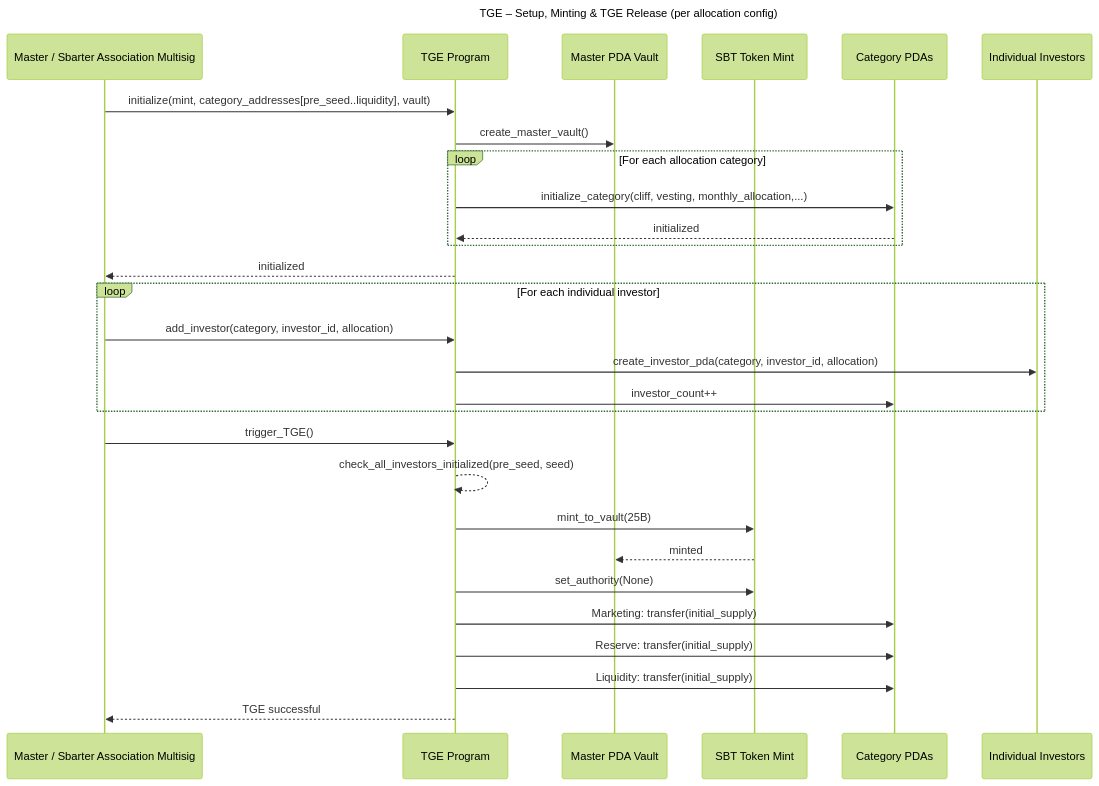
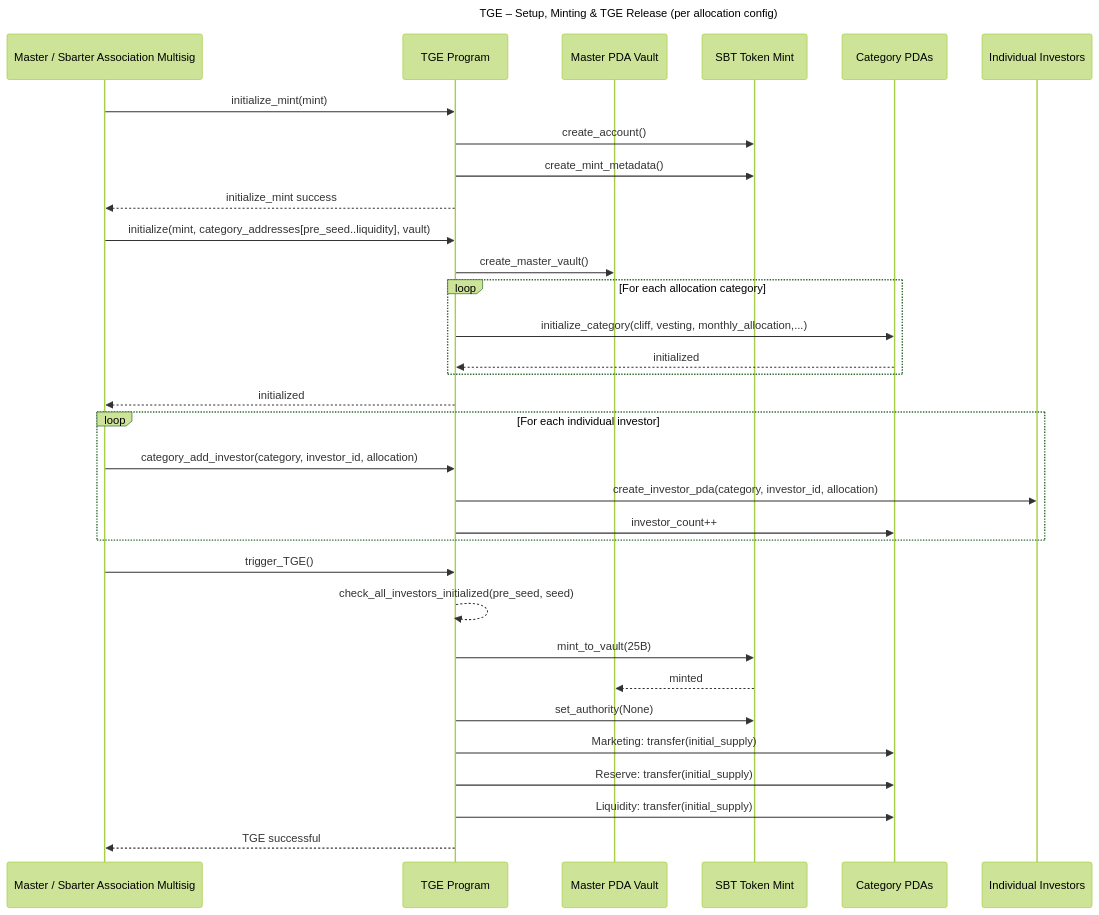
Before and after one commit to sbarter/blockchain-token-solana-program: the first of 3 diagrams in README.md, drawn with Mermaid (forest theme). The commit also changed other lines of this file, not shown here.

Commit message:
docs: clarify sequence diagrams

````diff
--- a/README.md
+++ b/README.md
@@ -45,40 +45,42 @@
 ```mermaid
 sequenceDiagram
     title TGE – Setup, Minting & TGE Release (per allocation config)
 
     participant Admin as Master / Sbarter Association Multisig
     participant Program as TGE Program
     participant MasterPda as Master PDA Vault
     participant Mint as SBT Token Mint
     participant Category as Category PDAs
     participant Investor as Individual Investors
 
-    %% 1. Pre-TGE: configure sale and allocations
+    Admin->>Program: initialize_mint(mint)
+    Program->>Mint: create_account()
+    Program->>Mint: create_mint_metadata()
+    Program-->>Admin: initialize_mint success
     Admin->>Program: initialize(mint, category_addresses[pre_seed..liquidity], vault)
     Program->>MasterPda: create_master_vault()
 
-    %% 2. Pre-TGE: create vesting PDAs & escrow full allocations
     loop For each allocation category
         Program->>Category: initialize_category(cliff, vesting, monthly_allocation,...)
         Category-->>Program: initialized
     end
     Program-->>Admin: initialized
 
     loop For each individual investor
-        Admin->>Program: add_investor(category, investor_id, allocation)
+        Admin->>Program: category_add_investor(category, investor_id, allocation)
         Program->>Investor: create_investor_pda(category, investor_id, allocation)
         Program->>Category: investor_count++
     end
 
     %% 3. At TGE moment
     Admin->>Program: trigger_TGE()
     Program-->>Program: check_all_investors_initialized(pre_seed, seed)
     Program->>Mint: mint_to_vault(25B)
     Mint-->>MasterPda: minted
     Program->>Mint: set_authority(None)
     Program->>Category: Marketing: transfer(initial_supply)
     Program->>Category: Reserve: transfer(initial_supply)
     Program->>Category: Liquidity: transfer(initial_supply)
 
     Program-->>Admin: TGE successful
 ```
````
